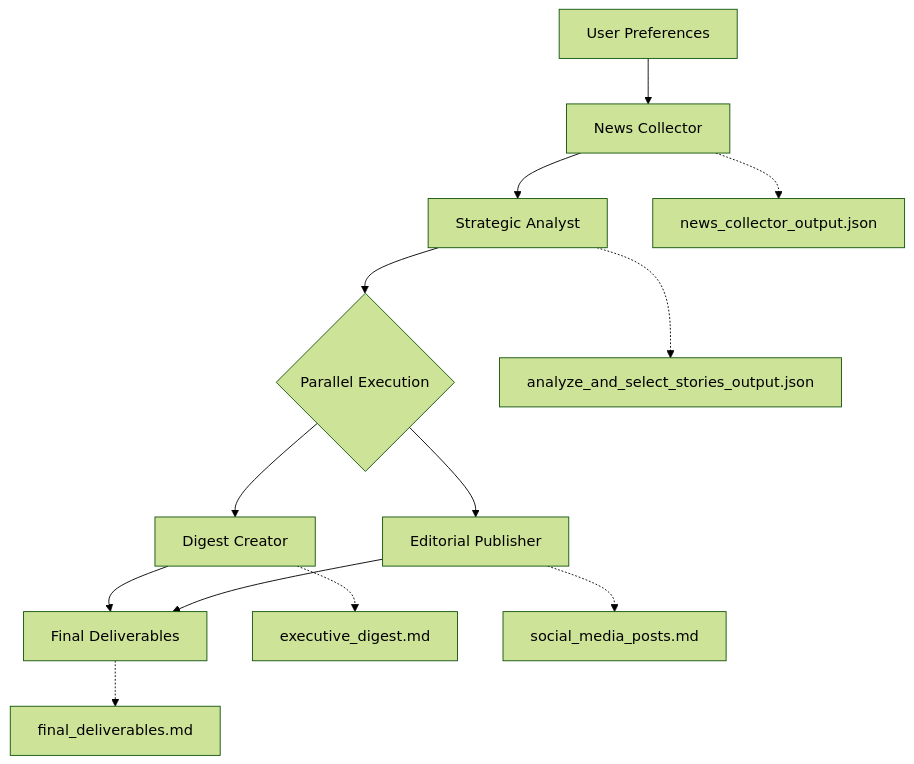
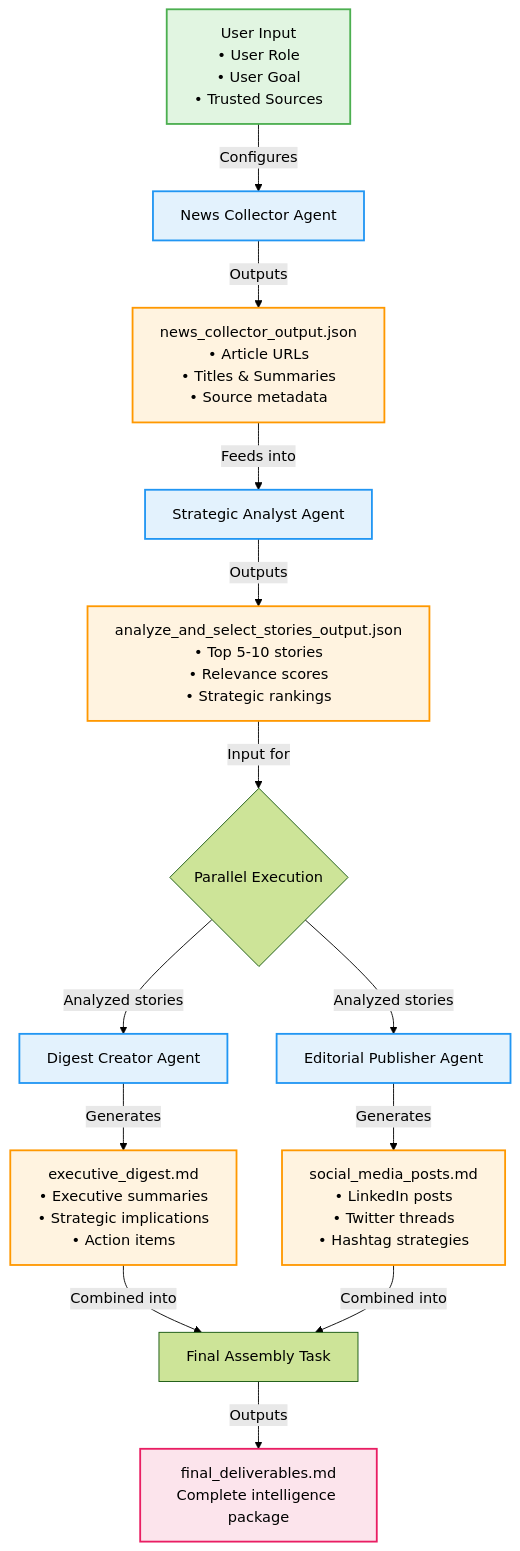
The diagram in README.md (CrossComm/thought-leadership-crew), drawn with Mermaid (forest theme) before and after one commit. The commit also changed other lines of this file, not shown here.

Commit message:
Revise README.md to enhance workflow diagram: Update the mermaid diagram to include detailed user input, news collection, analysis, and final assembly processes. Remove outdated resource links for a cleaner presentation.

````diff
--- a/README.md
+++ b/README.md
@@ -163,16 +163,39 @@
 ```mermaid
 graph TD
-    A[User Preferences] --> B[News Collector]
-    B --> C[Strategic Analyst]
-    C --> D{Parallel Execution}
-    D --> E[Digest Creator]
-    D --> F[Editorial Publisher]
-    E --> G[Final Deliverables]
-    F --> G
+    %% Input
+    A[User Input<br/>• User Role<br/>• User Goal<br/>• Trusted Sources] -->|Configures| B[News Collector Agent]
     
-    B -.-> H[news_collector_output.json]
-    C -.-> I[analyze_and_select_stories_output.json]
-    E -.-> J[executive_digest.md]
-    F -.-> K[social_media_posts.md]
-    G -.-> L[final_deliverables.md]
+    %% News Collection Flow
+    B -->|Outputs| NC_OUT[news_collector_output.json<br/>• Article URLs<br/>• Titles & Summaries<br/>• Source metadata]
+    NC_OUT -->|Feeds into| C[Strategic Analyst Agent]
+    
+    %% Analysis Flow
+    C -->|Outputs| SA_OUT[analyze_and_select_stories_output.json<br/>• Top 5-10 stories<br/>• Relevance scores<br/>• Strategic rankings]
+    
+    %% Parallel Processing
+    SA_OUT -->|Input for| D{Parallel Execution}
+    D -->|Analyzed stories| E[Digest Creator Agent]
+    D -->|Analyzed stories| F[Editorial Publisher Agent]
+    
+    %% Digest Creation
+    E -->|Generates| DG_OUT[executive_digest.md<br/>• Executive summaries<br/>• Strategic implications<br/>• Action items]
+    
+    %% Social Media Creation
+    F -->|Generates| SM_OUT[social_media_posts.md<br/>• LinkedIn posts<br/>• Twitter threads<br/>• Hashtag strategies]
+    
+    %% Final Assembly
+    DG_OUT -->|Combined into| G[Final Assembly Task]
+    SM_OUT -->|Combined into| G
+    G -->|Outputs| FINAL[final_deliverables.md<br/>Complete intelligence package]
+    
+    %% Styling
+    classDef input fill:#e1f5e1,stroke:#4caf50,stroke-width:2px
+    classDef agent fill:#e3f2fd,stroke:#2196f3,stroke-width:2px
+    classDef output fill:#fff3e0,stroke:#ff9800,stroke-width:2px
+    classDef final fill:#fce4ec,stroke:#e91e63,stroke-width:2px
+    
+    class A input
+    class B,C,E,F agent
+    class NC_OUT,SA_OUT,DG_OUT,SM_OUT output
+    class FINAL final
 ```
````
